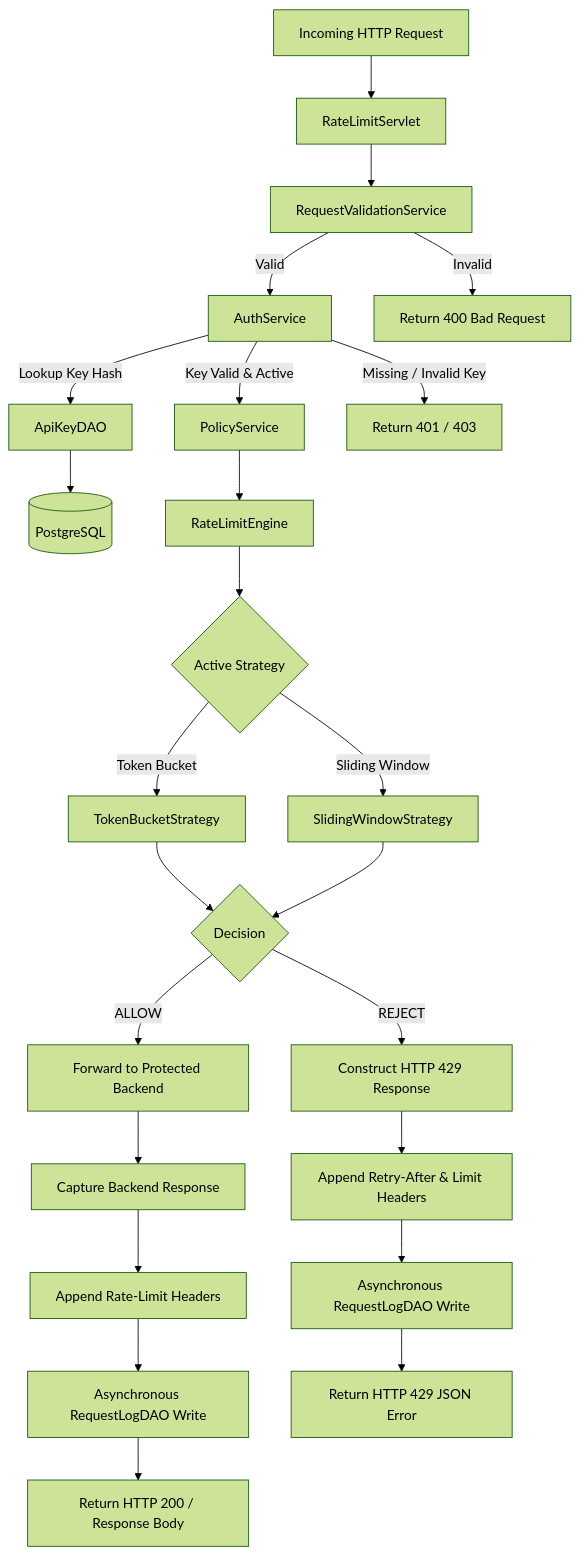
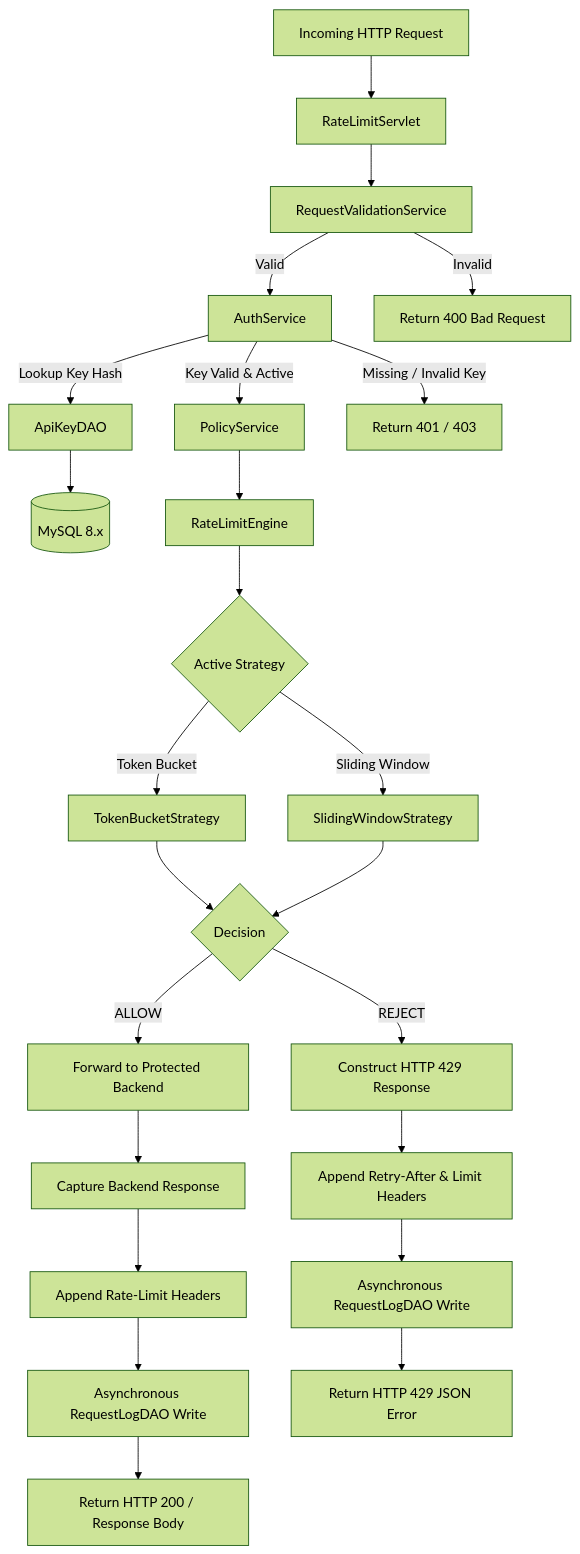
Before and after one commit to PrachiBhardwaj808/Throttlix: the second of 2 diagrams in docs/03-system-design/SYSTEM_ARCHITECTURE.md, drawn with Mermaid (forest theme). The commit also changed other lines of this file and 4 other files, not shown here.

````diff
--- a/docs/03-system-design/SYSTEM_ARCHITECTURE.md
+++ b/docs/03-system-design/SYSTEM_ARCHITECTURE.md
@@ -84,31 +84,31 @@
 ```mermaid
 flowchart TD
     Req[Incoming HTTP Request] --> Servlet[RateLimitServlet]
     Servlet --> Val[RequestValidationService]
     Val -->|Valid| Auth[AuthService]
     Val -->|Invalid| Err400[Return 400 Bad Request]
     
     Auth -->|Lookup Key Hash| KeyDAO[ApiKeyDAO]
-    KeyDAO --> DB[(PostgreSQL)]
+    KeyDAO --> DB[(MySQL 8.x)]
     Auth -->|Key Valid & Active| Policy[PolicyService]
     Auth -->|Missing / Invalid Key| Err401[Return 401 / 403]
     
     Policy --> Engine[RateLimitEngine]
     Engine --> Strategy{Active Strategy}
     Strategy -->|Token Bucket| TB[TokenBucketStrategy]
     Strategy -->|Sliding Window| SW[SlidingWindowStrategy]
     
     TB --> Decision{Decision}
     SW --> Decision
     
     Decision -->|ALLOW| Forward[Forward to Protected Backend]
     Forward --> BackendResp[Capture Backend Response]
     BackendResp --> AppendHeaders1[Append Rate-Limit Headers]
     AppendHeaders1 --> Log1[Asynchronous RequestLogDAO Write]
     Log1 --> ClientResp1[Return HTTP 200 / Response Body]
     
     Decision -->|REJECT| Rej429[Construct HTTP 429 Response]
     Rej429 --> AppendHeaders2[Append Retry-After & Limit Headers]
     AppendHeaders2 --> Log2[Asynchronous RequestLogDAO Write]
     Log2 --> ClientResp2[Return HTTP 429 JSON Error]
 ```
````
